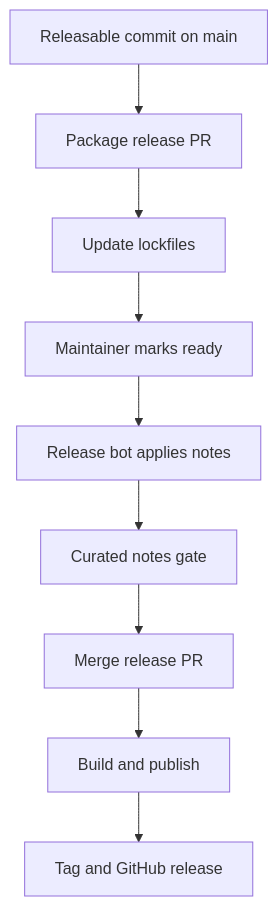
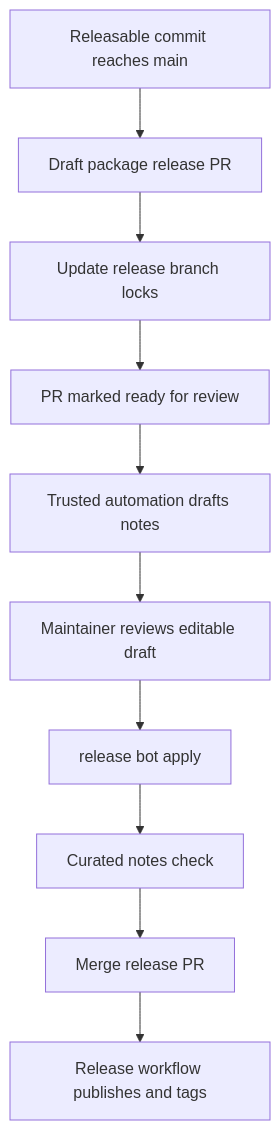
One commit to langchain-ai/deepagents changed the second of 2 diagrams in openwiki/operations/development.md. Above: the diagram before and after it, drawn with Mermaid. The commit also changed other lines of this file and 29 other files, not shown here.

````diff
--- a/openwiki/operations/development.md
+++ b/openwiki/operations/development.md
@@ -158,11 +135,12 @@
 ```mermaid
 flowchart TD
-    Land["Releasable commit on main"] --> Draft["Package release PR"]
-    Draft --> Locks["Update lockfiles"]
-    Locks --> Ready["Maintainer marks ready"]
-    Ready --> Curate["Release bot applies notes"]
-    Curate --> Gate["Curated notes gate"]
+    Land["Releasable commit reaches main"] --> ReleasePr["Draft package release PR"]
+    ReleasePr --> Locks["Update release branch locks"]
+    Locks --> Ready["PR marked ready for review"]
+    Ready --> Draft["Trusted automation drafts notes"]
+    Draft --> Review["Maintainer reviews editable draft"]
+    Review --> Apply["release bot apply"]
+    Apply --> Gate["Curated notes check"]
     Gate --> Merge["Merge release PR"]
-    Merge --> Publish["Build and publish"]
-    Publish --> Tag["Tag and GitHub release"]
+    Merge --> Publish["Release workflow publishes and tags"]
 ```
````
